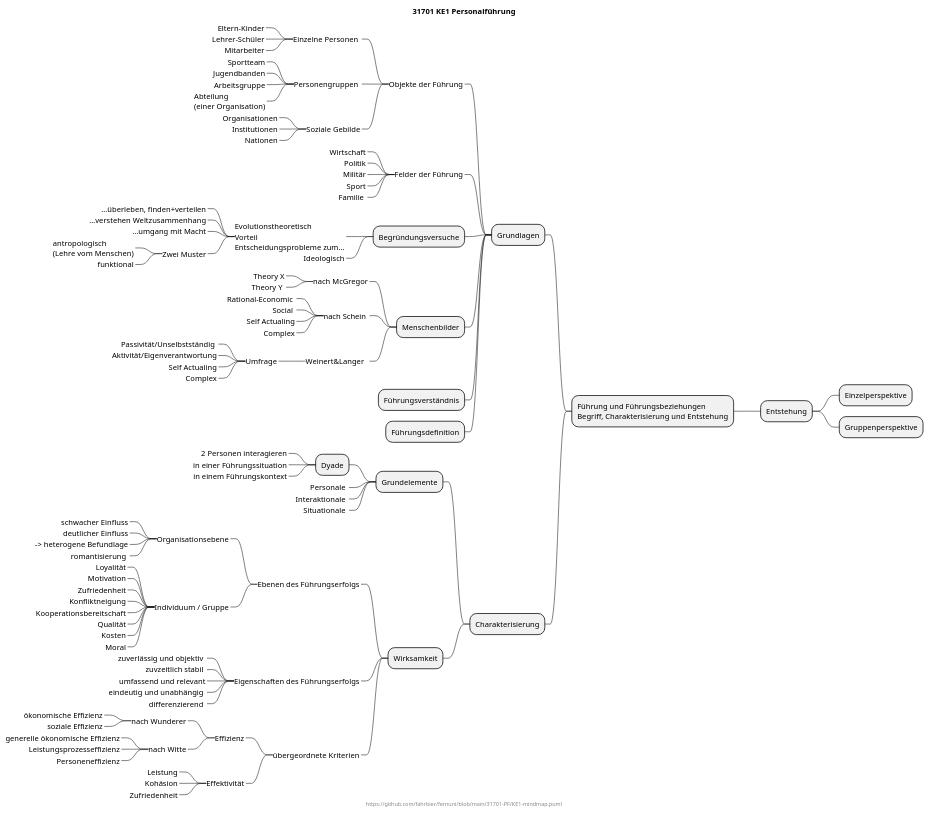
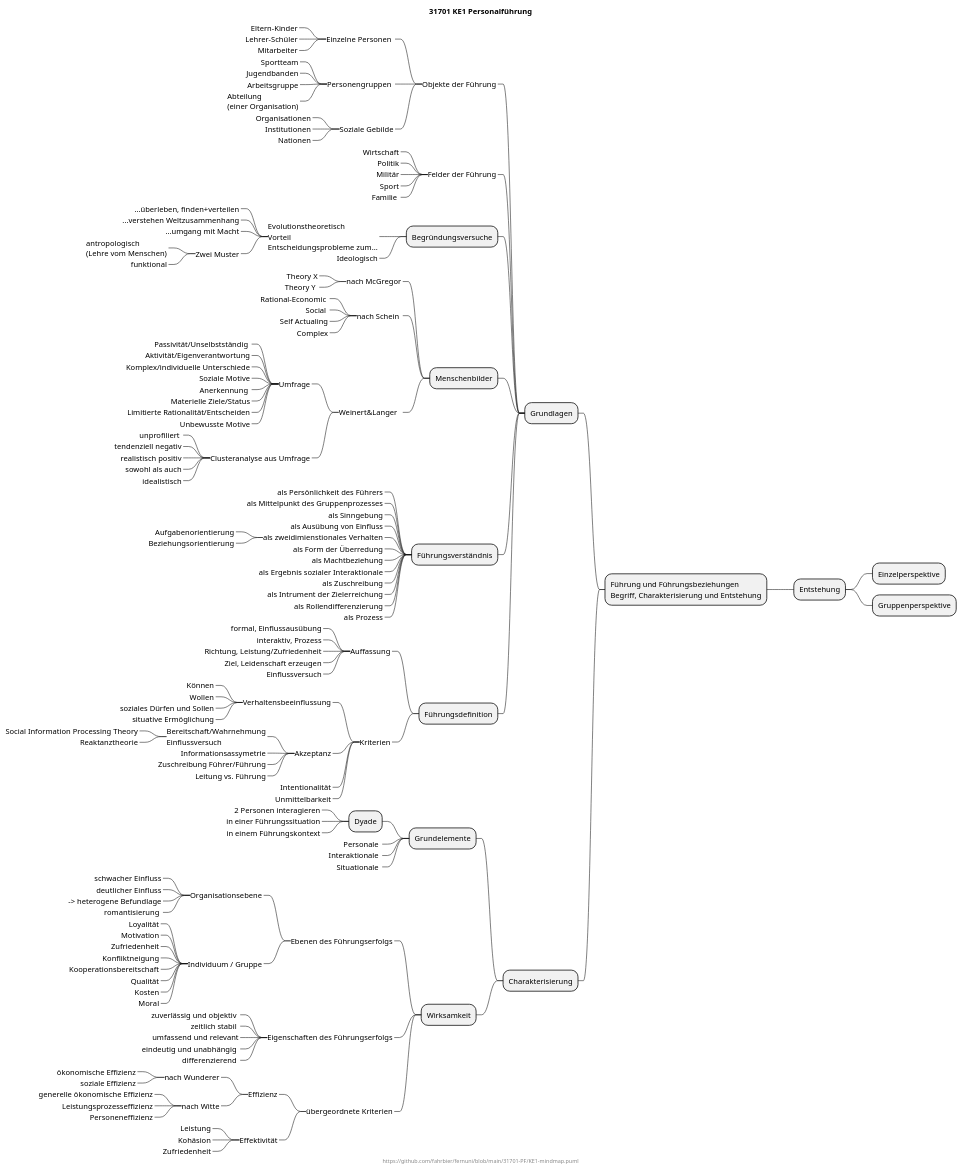
The diagram in 31701-PF/KE1-mindmap.puml (fahrbier/fernuni), drawn with PlantUML before and after one commit.

Commit message:
weitermachen

```diff
--- a/31701-PF/KE1-mindmap.puml
+++ b/31701-PF/KE1-mindmap.puml
@@ -1,125 +1,183 @@
 @startmindmap 31701KE1
+
 title 31701 KE1 Personalführung
 center footer https://github.com/fahrbier/fernuni/blob/main/31701-PF/KE1-mindmap.puml
 
 + Führung und Führungsbeziehungen\nBegriff, Charakterisierung und Entstehung
 -- Grundlagen
 ---_ Objekte der Führung
 ----_ Einzelne Personen 
 -----_ Eltern-Kinder
 -----_ Lehrer-Schüler
 -----_ Mitarbeiter
 
 ----_ Personengruppen 
 -----_ Sportteam
 -----_ Jugendbanden
 -----_ Arbeitsgruppe
 -----_ Abteilung\n(einer Organisation)
 
 ----_ Soziale Gebilde
 -----_ Organisationen
 -----_ Institutionen
 -----_ Nationen
 
 ---_ Felder der Führung
 ----_ Wirtschaft
 ----_ Politik
 ----_ Militär
 ----_ Sport
 ----_ Familie 
 
 --- Begründungsversuche
 ----_ Evolutionstheoretisch\nVorteil\nEntscheidungsprobleme zum...
 -----_ ...überleben, finden+verteilen
 -----_ ...verstehen Weltzusammenhang
 -----_ ...umgang mit Macht
 -----_ Zwei Muster
 ------_ antropologisch\n(Lehre vom Menschen)
 ------_ funktional
 
 
 
 
 ----_ Ideologisch
 
 --- Menschenbilder
 ----_ nach McGregor
 -----_ Theory X
 -----_ Theory Y 
 
 ----_ nach Schein 
 -----_ Rational-Economic 
 -----_ Social 
 -----_ Self Actualing
 -----_ Complex
 
 ----_ Weinert&Langer  
 -----_ Umfrage
 ------_ Passivität/Unselbstständig 
 ------_ Aktivität/Eigenverantwortung
-------_ Self Actualing
-------_ Complex
+------_ Komplex/individuelle Unterschiede
+------_ Soziale Motive
+------_ Anerkennung 
+------_ Materielle Ziele/Status
+------_ Limitierte Rationalität/Entscheiden
+------_ Unbewusste Motive
+
+-----_ Clusteranalyse aus Umfrage
+------_ unprofiliert 
+------_ tendenziell negativ
+------_ realistisch positiv
+------_ sowohl als auch
+------_ idealistisch
 
 
 --- Führungsverständnis
+----_ als Persönlichkeit des Führers
+----_ als Mittelpunkt des Gruppenprozesses
+----_ als Sinngebung
+----_ als Ausübung von Einfluss
+----_ als zweidimienstionales Verhalten
+-----_ Aufgabenorientierung
+-----_ Beziehungsorientierung
+----_ als Form der Überredung
+----_ als Machtbeziehung
+----_ als Ergebnis sozialer Interaktionale
+----_ als Zuschreibung
+----_ als Intrument der Zielerreichung
+----_ als Rollendifferenzierung
+----_ als Prozess
+
 --- Führungsdefinition
+----_ Auffassung
+-----_ formal, Einflussausübung
+-----_ interaktiv, Prozess
+-----_ Richtung, Leistung/Zufriedenheit
+-----_ Ziel, Leidenschaft erzeugen
+-----_ Einflussversuch
+----_ Kriterien
+-----_ Verhaltensbeeinflussung
+------_ Können
+------_ Wollen
+------_ soziales Dürfen und Sollen
+------_ situative Ermöglichung
+-----_ Akzeptanz
+------_ Bereitschaft/Wahrnehmung\nEinflussversuch
+-------_ Social Information Processing Theory
+-------_ Reaktanztheorie
+------_ Informationsassymetrie
+------_ Zuschreibung Führer/Führung
+------_ Leitung vs. Führung
+
+
+
+-----_ Intentionalität
+-----_ Unmittelbarkeit
+
+
+
+
+
+
+
 
 -- Charakterisierung
 --- Grundelemente
 ---- Dyade
 -----_ 2 Personen interagieren
 -----_ in einer Führungssituation
 -----_ in einem Führungskontext
 ----_ Personale 
 ----_ Interaktionale 
 ----_ Situationale 
 
 --- Wirksamkeit
 ----_ Ebenen des Führungserfolgs
 -----_ Organisationsebene
 ------_ schwacher Einfluss
 ------_ deutlicher Einfluss
 ------_ -> heterogene Befundlage
 ------_ romantisierung 
 
 -----_ Individuum / Gruppe
 ------_ Loyalität
 ------_ Motivation
 ------_ Zufriedenheit
 ------_ Konfliktneigung
 ------_ Kooperationsbereitschaft
 ------_ Qualität
 ------_ Kosten
 ------_ Moral
 
 ----_ Eigenschaften des Führungserfolgs
 -----_ zuverlässig und objektiv 
------_ zuvzeitlich stabil 
+-----_ zeitlich stabil 
 -----_ umfassend und relevant
 -----_ eindeutig und unabhängig 
 -----_ differenzierend 
 
 ----_ übergeordnete Kriterien
 -----_ Effizienz
 ------_ nach Wunderer
 -------_ ökonomische Effizienz
 -------_ soziale Effizienz
 
 ------_ nach Witte
 -------_ generelle ökonomische Effizienz
 -------_ Leistungsprozesseffizienz
 -------_ Personeneffizienz
 
 
 -----_ Effektivität
 ------_ Leistung
 ------_ Kohäsion
 ------_ Zufriedenheit
 
 
 
 ++ Entstehung
 +++ Einzelperspektive
 +++ Gruppenperspektive
 
 @endmindmap
```
